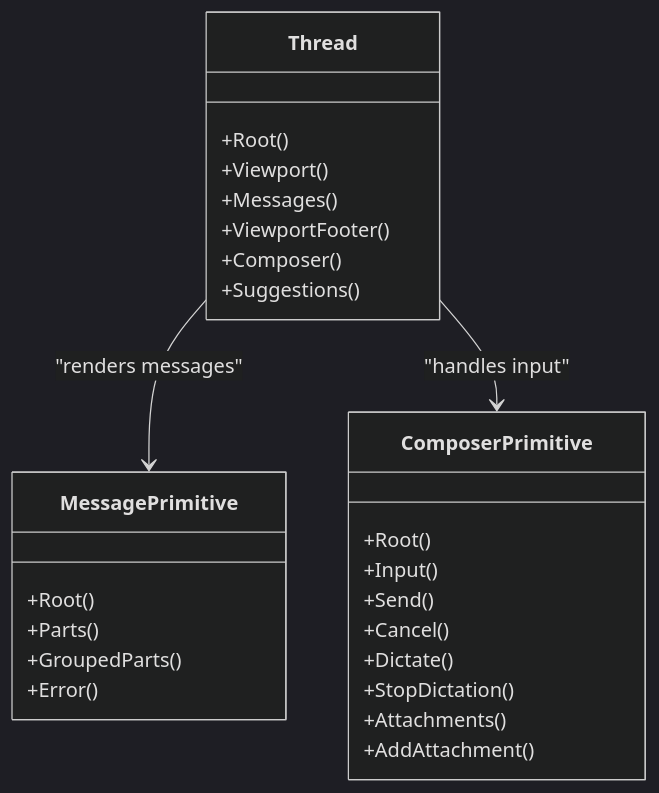
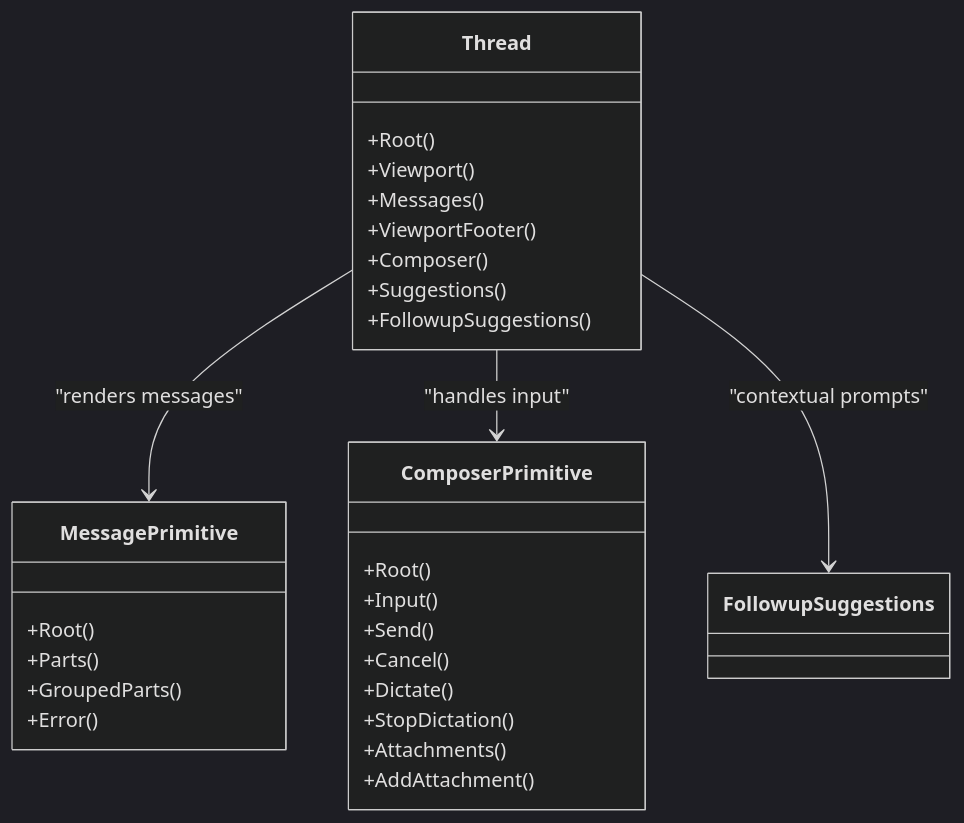
The fourth of 15 diagrams in .qoder/repowiki/en/content/AI Integration/Assistant UI Components.md (MudassarAbrar/FreshRoute-Ai), drawn with Mermaid (dark theme) before and after one commit. The commit also changed other lines of this file and 105 other files, not shown here.

````diff
--- a/.qoder/repowiki/en/content/AI Integration/Assistant UI Components.md
+++ b/.qoder/repowiki/en/content/AI Integration/Assistant UI Components.md
@@ -157,29 +190,31 @@
 ```mermaid
 classDiagram
 class Thread {
 +Root()
 +Viewport()
 +Messages()
 +ViewportFooter()
 +Composer()
 +Suggestions()
++FollowupSuggestions()
 }
 class MessagePrimitive {
 +Root()
 +Parts()
 +GroupedParts()
 +Error()
 }
 class ComposerPrimitive {
 +Root()
 +Input()
 +Send()
 +Cancel()
 +Dictate()
 +StopDictation()
 +Attachments()
 +AddAttachment()
 }
 Thread --> MessagePrimitive : "renders messages"
 Thread --> ComposerPrimitive : "handles input"
+Thread --> FollowupSuggestions : "contextual prompts"
 ```
````
